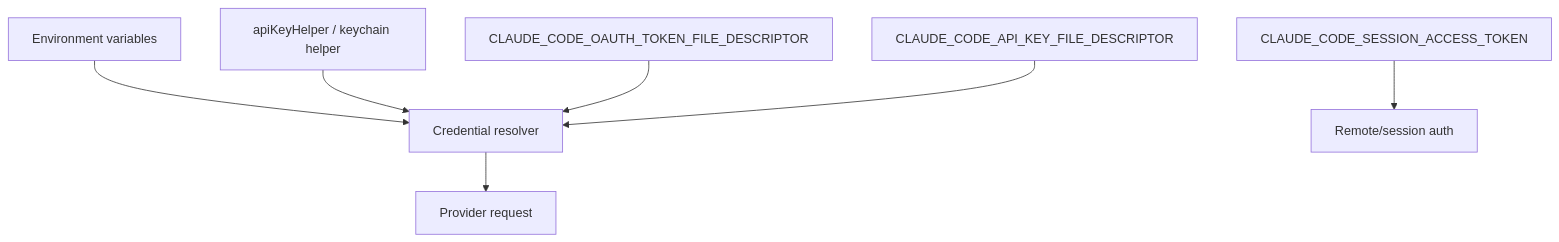
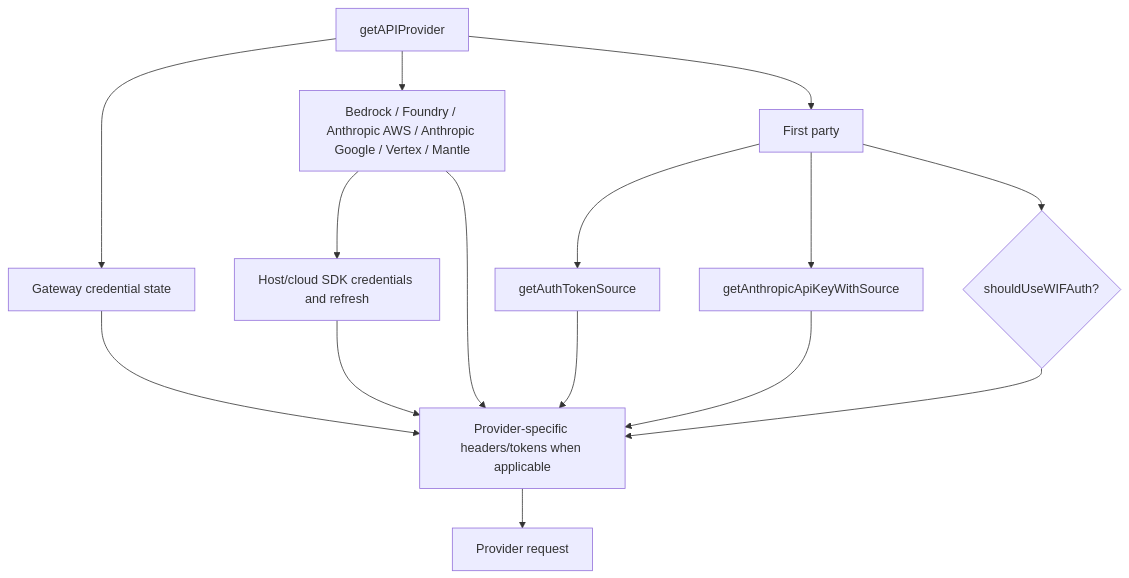
The diagram in docs/02-context-model-loop/models-providers-auth.md (vibewatch/claude-code-internals), drawn with Mermaid before and after one commit. The commit also changed other lines of this file and 46 other files, not shown here.

````diff
--- a/docs/02-context-model-loop/models-providers-auth.md
+++ b/docs/02-context-model-loop/models-providers-auth.md
@@ -65,9 +80,18 @@
 ```mermaid
 flowchart TD
-    Env[Environment variables] --> Auth[Credential resolver]
-    KeyHelper[apiKeyHelper / keychain helper] --> Auth
-    OAuthFd[CLAUDE_CODE_OAUTH_TOKEN_FILE_DESCRIPTOR] --> Auth
-    ApiFd[CLAUDE_CODE_API_KEY_FILE_DESCRIPTOR] --> Auth
-    SessionToken[CLAUDE_CODE_SESSION_ACCESS_TOKEN] --> Remote[Remote/session auth]
-    Auth --> Provider[Provider request]
+    Provider[getAPIProvider] --> Gateway[Gateway credential state]
+    Provider --> Cloud[Bedrock / Foundry / Anthropic AWS / Anthropic Google / Vertex / Mantle]
+    Provider --> FirstParty[First party]
+
+    FirstParty --> Bearer[getAuthTokenSource]
+    FirstParty --> ApiKey[getAnthropicApiKeyWithSource]
+    FirstParty --> WIF{shouldUseWIFAuth?}
+    Cloud --> Host[Host/cloud SDK credentials and refresh]
+    Cloud --> Headers[Provider-specific headers/tokens when applicable]
+    Gateway --> Headers
+    Bearer --> Headers
+    ApiKey --> Headers
+    WIF --> Headers
+    Host --> Headers
+    Headers --> Request[Provider request]
 ```
````
